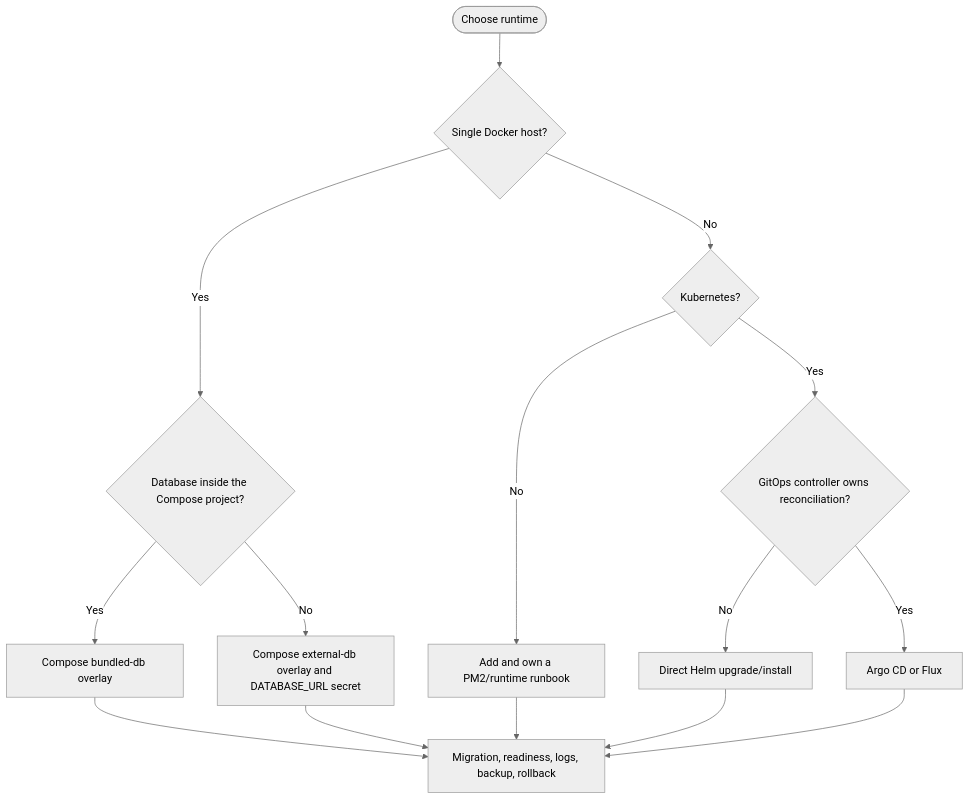
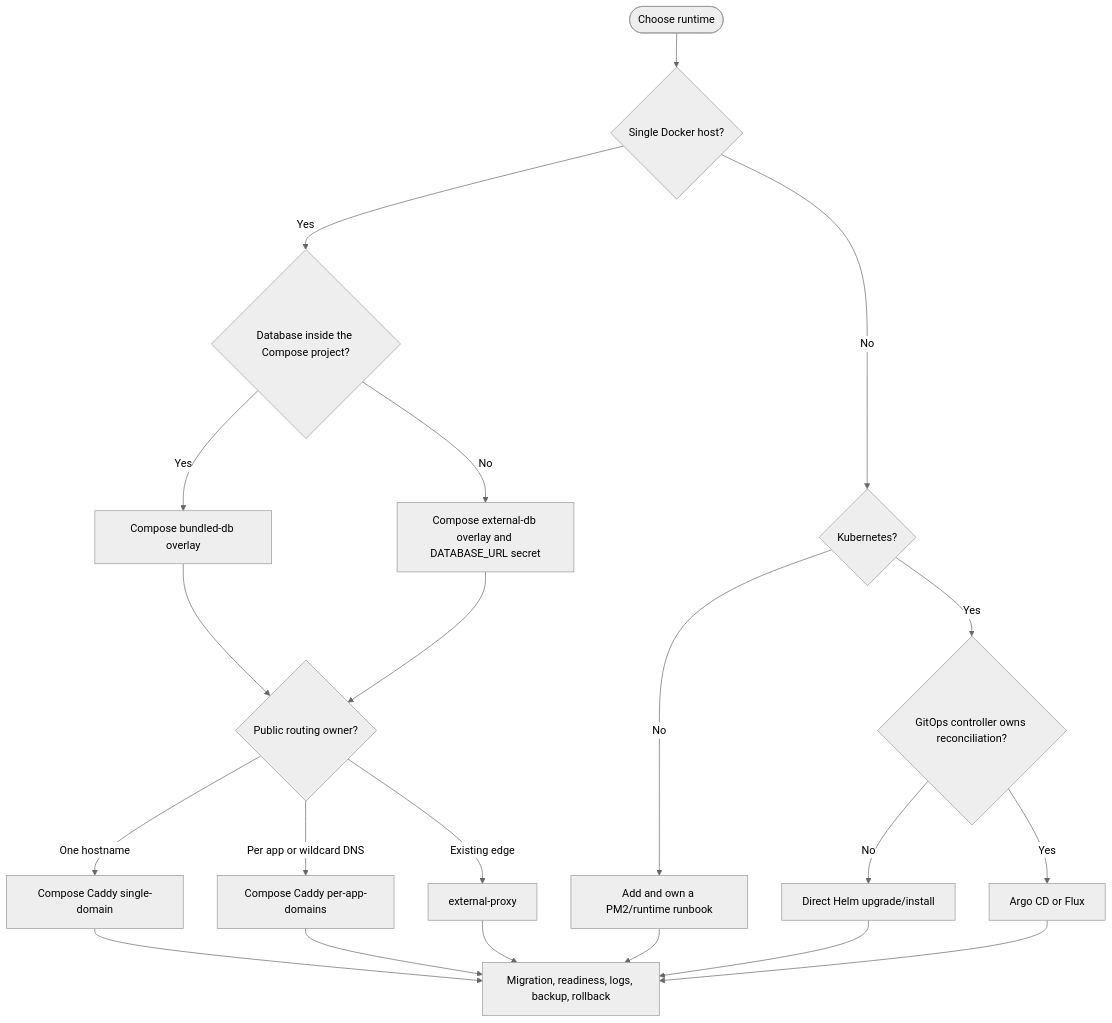
One commit to nmime/nest-react-boilerplate changed the diagram in docs/deployment.md. Above: the diagram before and after it, drawn with Mermaid (neutral theme). The commit also changed other lines of this file and 35 other files, not shown here.

Commit message:
feat(deploy): add configurable Compose domain topologies

````diff
--- a/docs/deployment.md
+++ b/docs/deployment.md
@@ -26,17 +26,23 @@
 ```mermaid
 flowchart TD
   start([Choose runtime]) --> host{Single Docker host?}
   host -- Yes --> db{Database inside the Compose project?}
   db -- Yes --> bundled[Compose bundled-db overlay]
   db -- No --> external[Compose external-db overlay and DATABASE_URL secret]
+  bundled --> domains{Public routing owner?}
+  external --> domains
+  domains -- One hostname --> single[Compose Caddy single-domain]
+  domains -- Per app or wildcard DNS --> multi[Compose Caddy per-app-domains]
+  domains -- Existing edge --> proxy[external-proxy]
   host -- No --> k8s{Kubernetes?}
   k8s -- No --> pm2[Add and own a PM2/runtime runbook]
   k8s -- Yes --> controller{GitOps controller owns reconciliation?}
   controller -- No --> helm[Direct Helm upgrade/install]
   controller -- Yes --> gitops[Argo CD or Flux]
-  bundled --> verify[Migration, readiness, logs, backup, rollback]
-  external --> verify
+  single --> verify[Migration, readiness, logs, backup, rollback]
+  multi --> verify
+  proxy --> verify
   pm2 --> verify
   helm --> verify
   gitops --> verify
 ```
````
